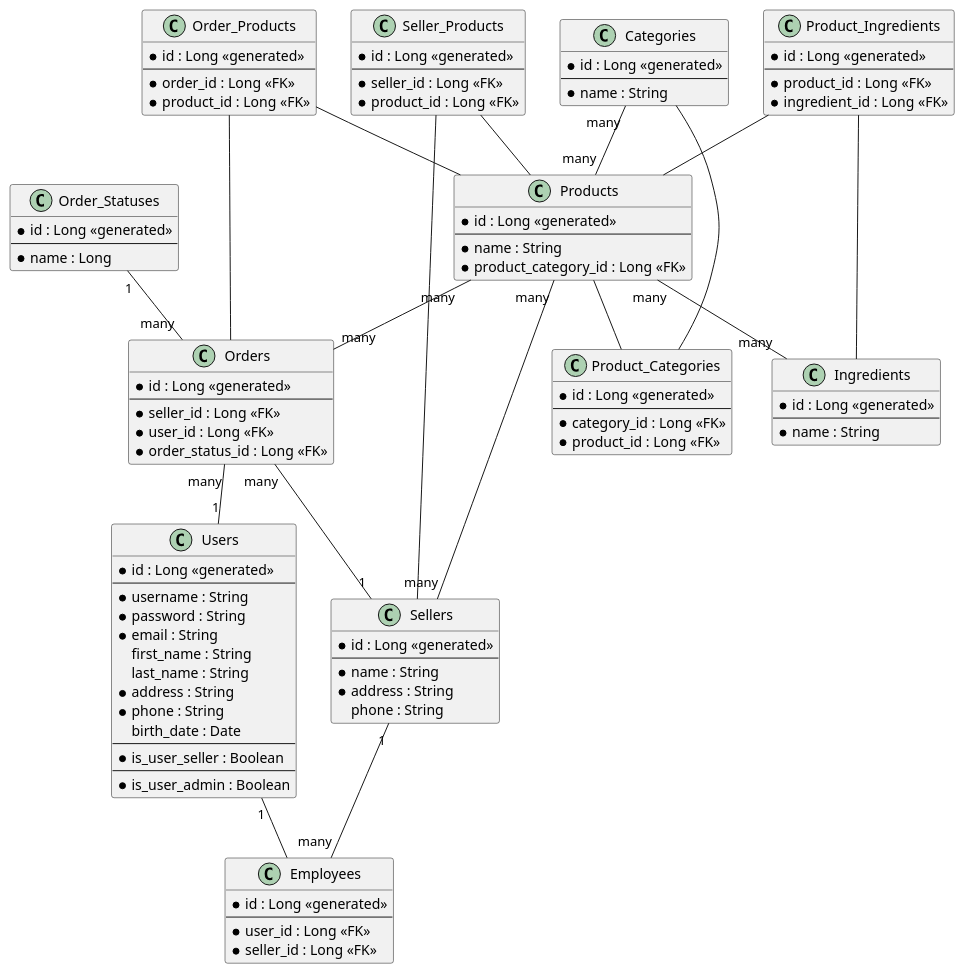
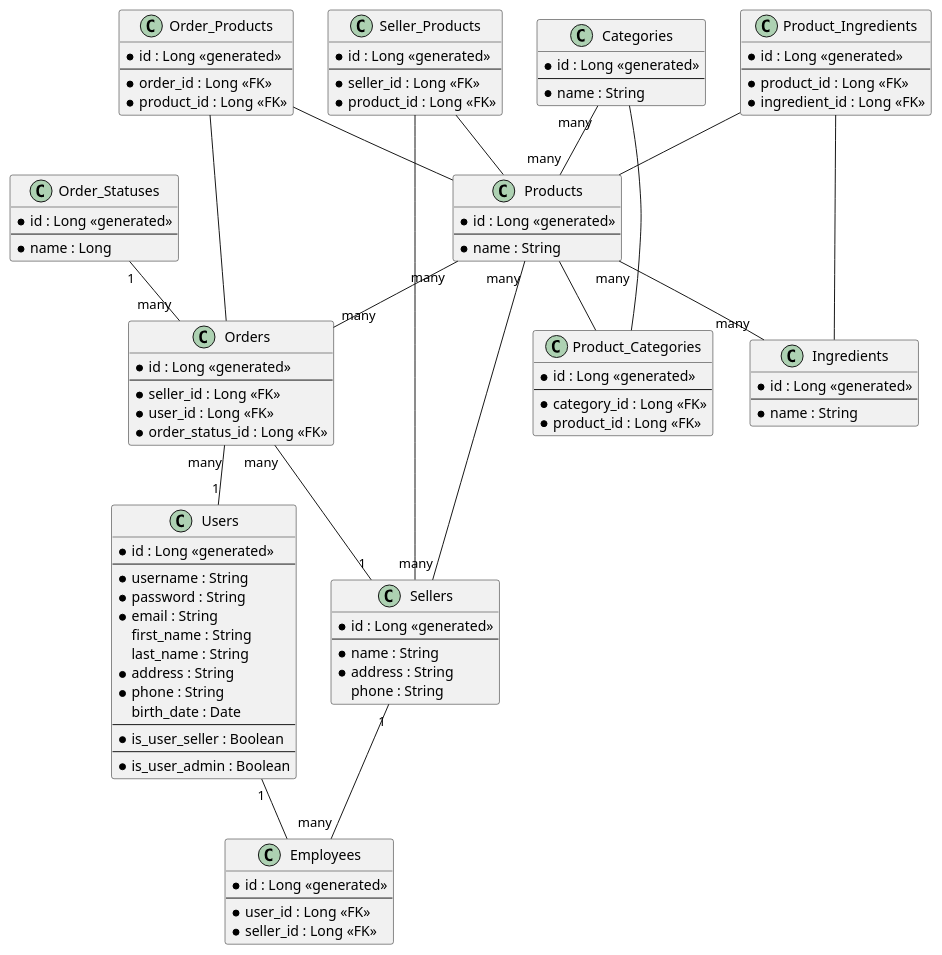
One commit to csistoc/foodMarket changed the diagram in src/main/resources/diagram.puml. Above: the diagram before and after it, drawn with PlantUML. The commit also changed 19 other files, not shown here.

```diff
--- a/src/main/resources/diagram.puml
+++ b/src/main/resources/diagram.puml
@@ -1,145 +1,144 @@
 @startuml
 
 ' Zero or One 	|o--
 ' Exactly One 	||--
 ' Zero or Many 	}o--
 ' One or Many 	}|--
 
 ' dot = mandatory field
 
 ' avoid problems with angled crows feet
 'skinparam linetype ortho
 
 class "Users" {
     *id : Long <<generated>>
     --
     *username : String
     *password : String
     *email : String
     first_name : String
     last_name : String
     *address : String
     *phone : String
     birth_date : Date
     --
     *is_user_seller : Boolean
     --
     *is_user_admin : Boolean
 }
 
 class "Sellers" {
     *id : Long <<generated>>
     --
     *name : String
     *address : String
     phone : String
 }
 
 class "Employees" {
     *id : Long <<generated>>
     --
     *user_id : Long <<FK>>
     *seller_id : Long <<FK>>
 }
 
 class "Categories" {
     *id : Long <<generated>>
     --
     *name : String
 }
 
 class "Product_Categories" {
     *id : Long <<generated>>
     --
     *category_id : Long <<FK>>
     *product_id : Long <<FK>>
 }
 
 class "Ingredients" {
     *id : Long <<generated>>
     --
     *name : String
 }
 
 class "Products" {
     *id : Long <<generated>>
     --
     *name : String
-    *product_category_id : Long <<FK>>
 }
 
 class "Product_Ingredients" {
     *id : Long <<generated>>
     --
     *product_id : Long <<FK>>
     *ingredient_id : Long <<FK>>
 }
 
 class "Seller_Products" {
     *id : Long <<generated>>
     --
     *seller_id : Long <<FK>>
     *product_id : Long <<FK>>
 }
 
 class "Order_Statuses" {
     *id : Long <<generated>>
     --
     *name : Long
 }
 
 class "Orders" {
     *id : Long <<generated>>
     --
     *seller_id : Long <<FK>>
     *user_id : Long <<FK>>
     *order_status_id : Long <<FK>>
 }
 
 class "Order_Products" {
     *id : Long <<generated>>
     --
     *order_id : Long <<FK>>
     *product_id : Long <<FK>>
 }
 
 Users "1" -- Employees
 
 Sellers "1" -- "many" Employees
 
 Products "many" -- "many" Sellers
 Seller_Products -- Sellers
 Seller_Products -- Products
 
 Products "many" -- "many" Ingredients
 Product_Ingredients -- Ingredients
 Product_Ingredients -- Products
 
 Categories "many" -- "many" Products
 Categories -- Product_Categories
 Products -- Product_Categories
 
 Orders "many" -- "1" Users
 
 Order_Statuses "1" -- "many" Orders
 
 Products "many" -- "many" Orders
 Order_Products -- Products
 Order_Products -- Orders
 
 Orders "many" -- "1" Sellers
 
 
 'e01 }|..|| e02
 'e01 }|..|| e03
 
 'e02 }|..|| e05
 
 'e02 }|..|| e04
 'e03 }|..|| e04
 
 'e02 }|..|| e06
 'e03 }|..|| e06
 
 
 @enduml
```
